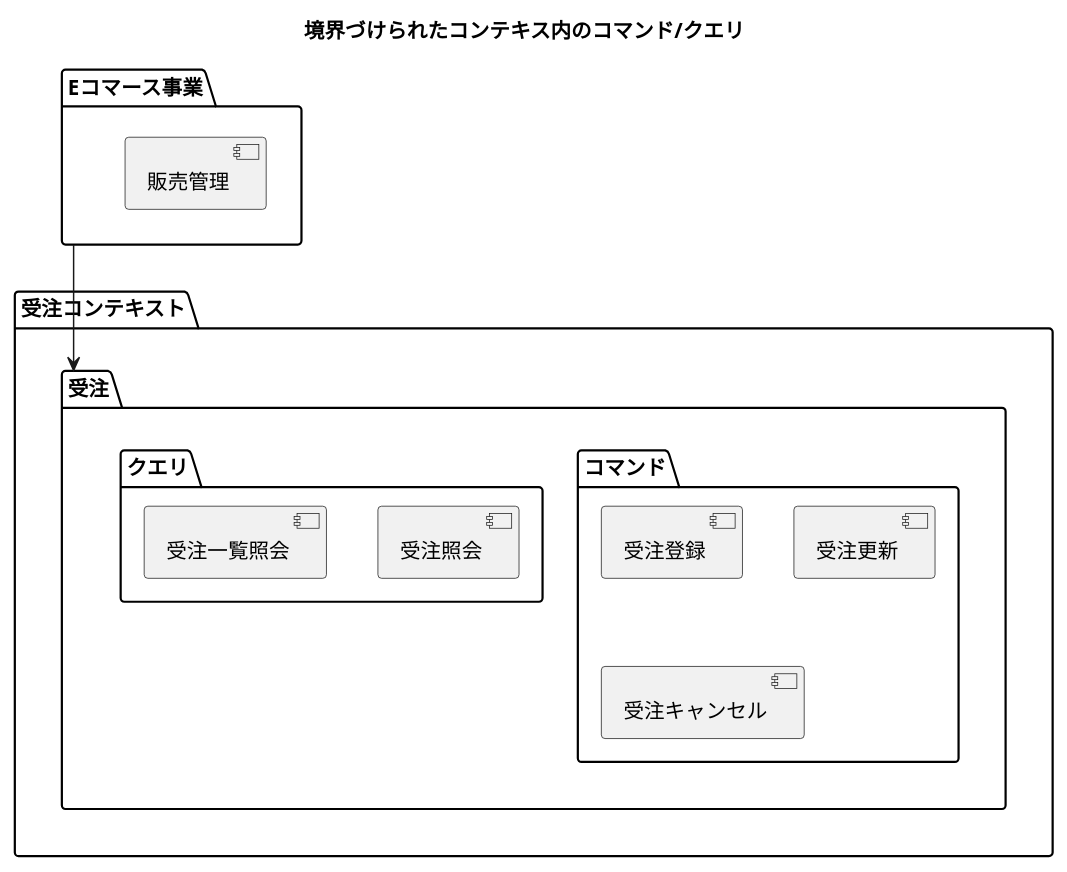
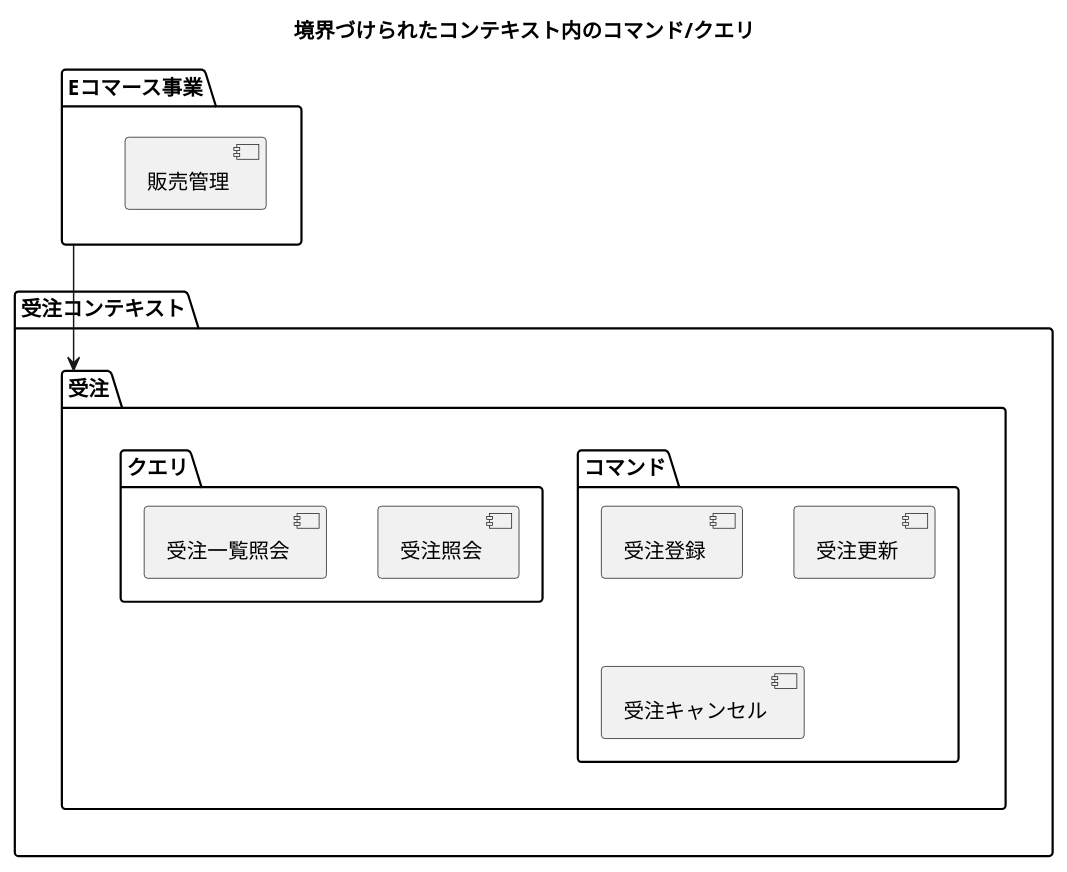
One commit to k2works/zen-docs changed the diagram in puml/c2fbee1b884f10/diagram-08.puml. Above: the diagram before and after it, drawn with PlantUML. The commit also changed 11 other files, not shown here.

First line of the commit message:
fix: CRLF の Markdown で plantuml ブロックを検出できるようにする

```diff
--- a/puml/c2fbee1b884f10/diagram-08.puml
+++ b/puml/c2fbee1b884f10/diagram-08.puml
@@ -1,22 +1,22 @@
-title 境界づけられたコンテキス内のコマンド/クエリ
+title 境界づけられたコンテキスト内のコマンド/クエリ
 
 package "Eコマース事業" {
     [販売管理] as SalesManagement
 }
 
 package 受注コンテキスト {
     package "受注" {
       package コマンド {
           [受注登録]
           [受注更新]
           [受注キャンセル]
       }
       package クエリ {
           [受注照会] 
           [受注一覧照会]
       }
     }
 }
 
 
 "Eコマース事業" --> "受注"
```
